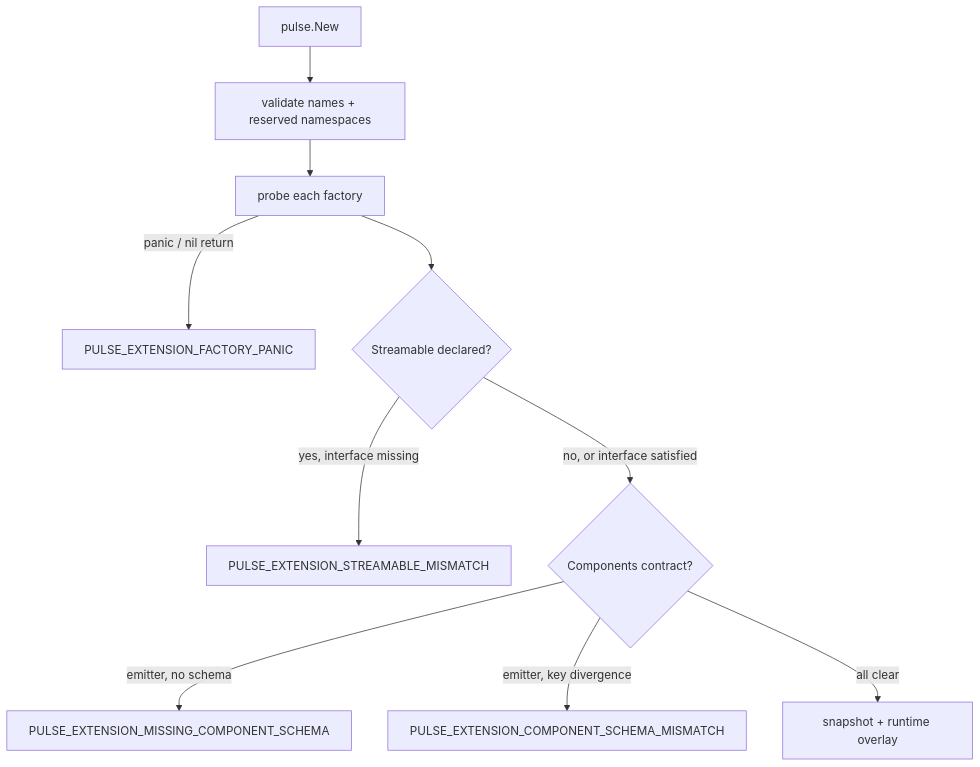
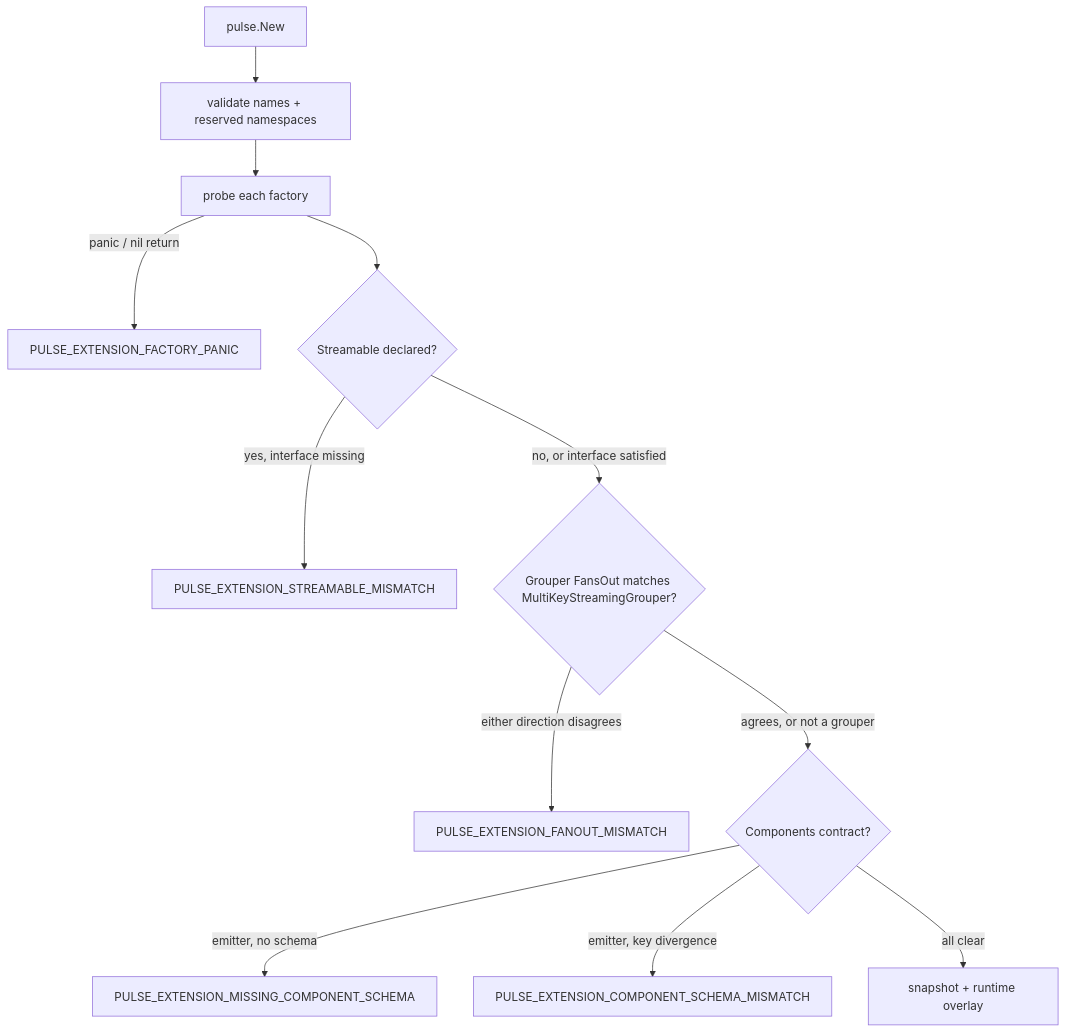
Before and after one commit to frankbardon/pulse: the diagram in docs/src/internals/extension-points.md, drawn with Mermaid. The commit also changed other lines of this file and 7 other files, not shown here.

````diff
--- a/docs/src/internals/extension-points.md
+++ b/docs/src/internals/extension-points.md
@@ -438,12 +451,14 @@
 ```mermaid
 flowchart TD
     A[pulse.New] --> B[validate names + reserved namespaces]
     B --> C[probe each factory]
     C -->|panic / nil return| F1[PULSE_EXTENSION_FACTORY_PANIC]
     C --> D{Streamable declared?}
     D -->|yes, interface missing| F2[PULSE_EXTENSION_STREAMABLE_MISMATCH]
-    D -->|no, or interface satisfied| E{Components contract?}
+    D -->|no, or interface satisfied| D2{Grouper FansOut matches MultiKeyStreamingGrouper?}
+    D2 -->|either direction disagrees| F5[PULSE_EXTENSION_FANOUT_MISMATCH]
+    D2 -->|agrees, or not a grouper| E{Components contract?}
     E -->|emitter, no schema| F3[PULSE_EXTENSION_MISSING_COMPONENT_SCHEMA]
     E -->|emitter, key divergence| F4[PULSE_EXTENSION_COMPONENT_SCHEMA_MISMATCH]
     E -->|all clear| G[snapshot + runtime overlay]
 ```
````
